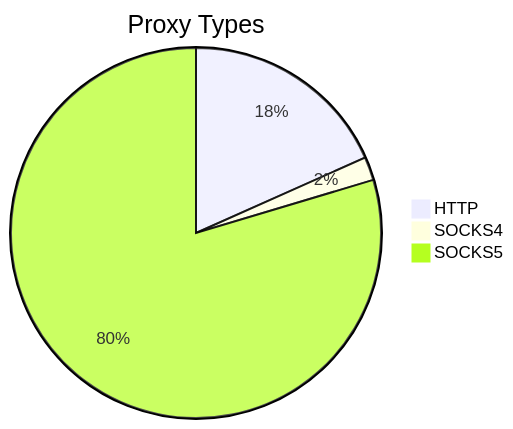
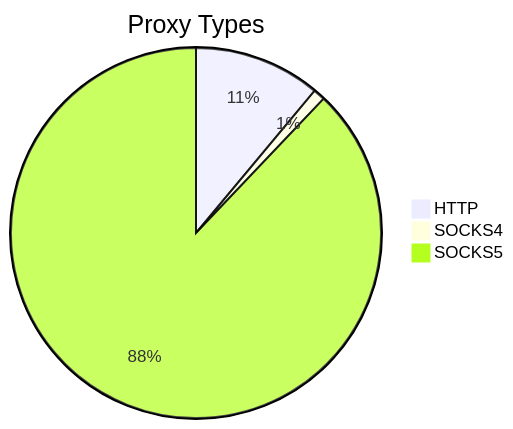
The first of 2 diagrams in README.md (stormsia/proxy-list), drawn with Mermaid before and after one commit. The commit also changed other lines of this file, not shown here.

````diff
--- a/README.md
+++ b/README.md
@@ -21,6 +21,6 @@
 ```mermaid
 pie title Proxy Types
-    "HTTP" : 251
-    "SOCKS4" : 28
-    "SOCKS5" : 1091
+    "HTTP" : 214
+    "SOCKS4" : 20
+    "SOCKS5" : 1701
 ```
````
